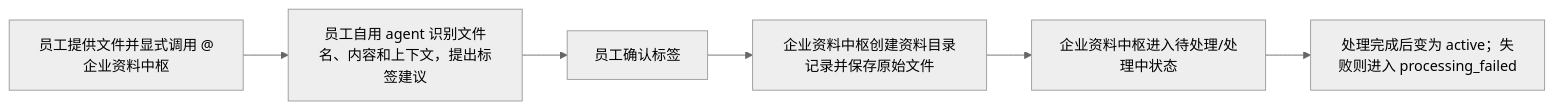
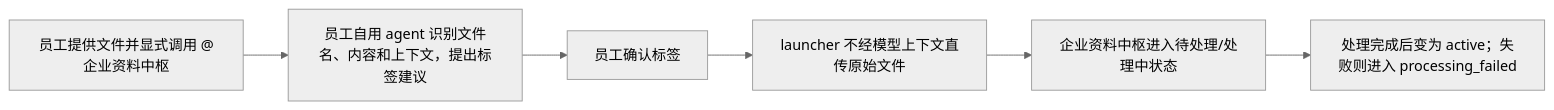
One commit to YinXiaoyu-1998/SME_DATA_CENTER changed the third of 3 diagrams in docs/context/use-cases.md. Above: the diagram before and after it, drawn with Mermaid (neutral theme). The commit also changed other lines of this file and 109 other files, not shown here.

````diff
--- a/docs/context/use-cases.md
+++ b/docs/context/use-cases.md
@@ -126,11 +128,11 @@
 ```mermaid
 flowchart LR
     U["员工提供文件并显式调用 @企业资料中枢"]
     A["员工自用 agent 识别文件名、内容和上下文，提出标签建议"]
     C["员工确认标签"]
-    H1["企业资料中枢创建资料目录记录并保存原始文件"]
+    H1["launcher 不经模型上下文直传原始文件"]
     H2["企业资料中枢进入待处理/处理中状态"]
     H3["处理完成后变为 active；失败则进入 processing_failed"]
 
     U --> A --> C --> H1 --> H2 --> H3
 ```
````
